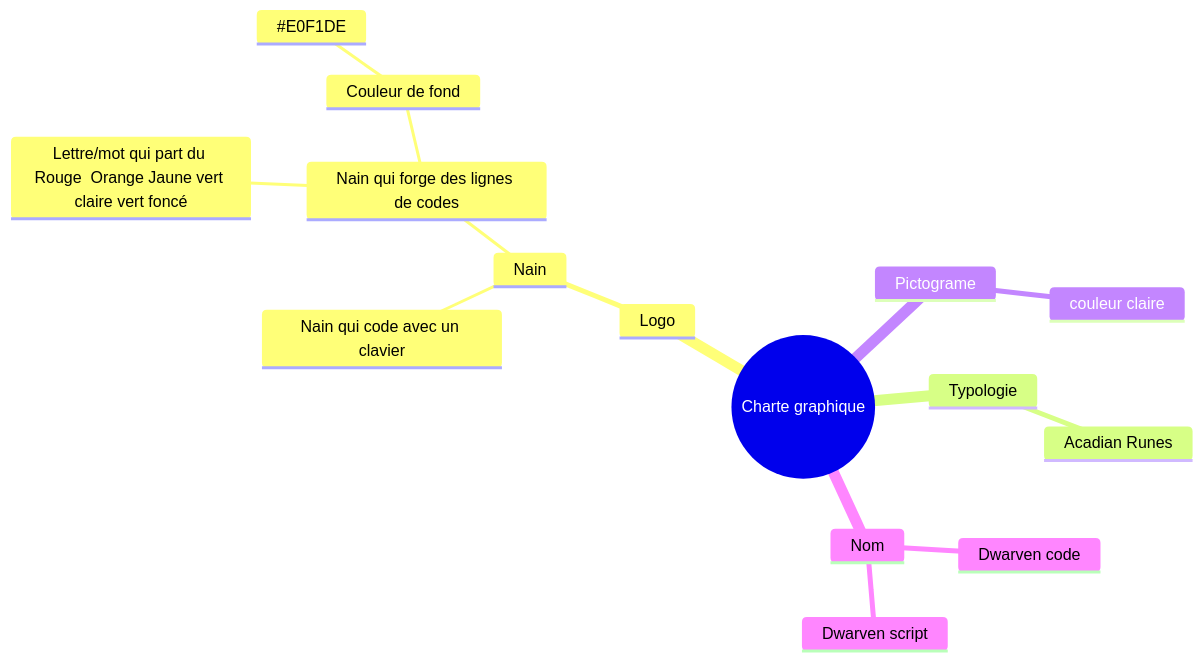
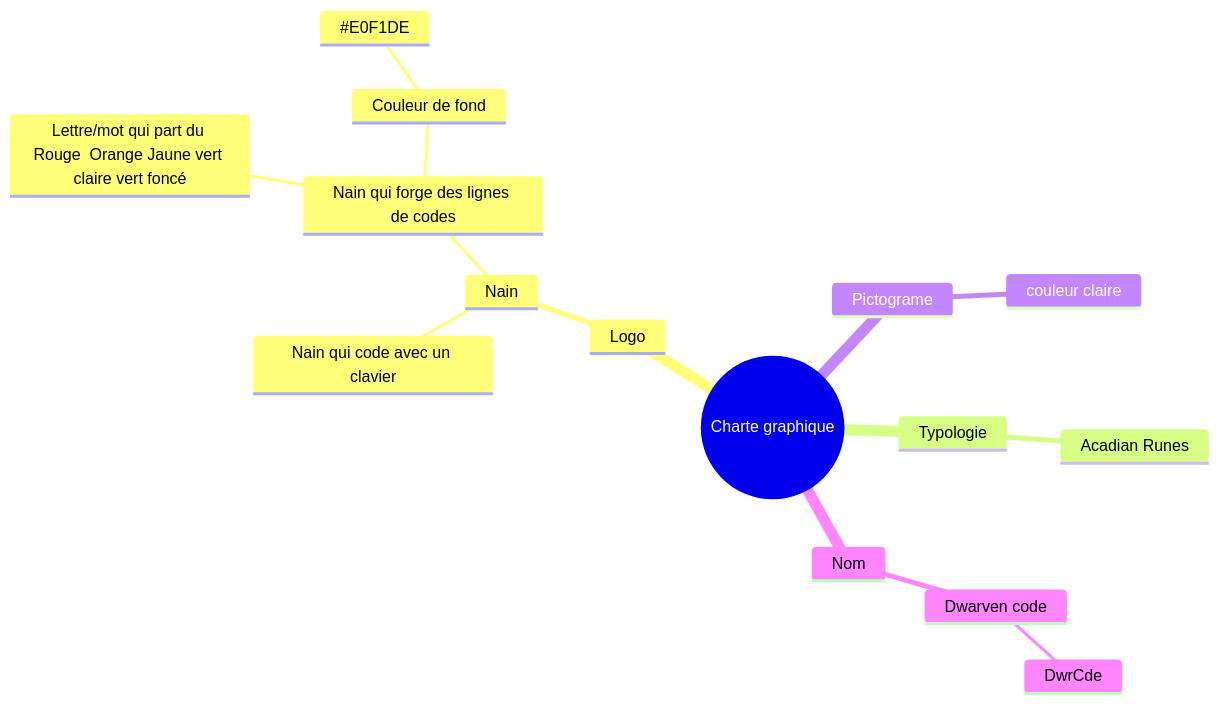
The diagram in readme.md (Slloth/identit--entreprise), drawn with Mermaid before and after one commit.

````diff
--- a/readme.md
+++ b/readme.md
@@ -1,20 +1,20 @@
 ```mermaid
 mindmap
   root((Charte graphique))
     Logo
         Nain
             Nain qui code avec un clavier
             Nain qui forge des lignes de codes
                 Lettre/mot qui part du Rouge  Orange Jaune vert claire vert foncé
                 Couleur de fond
                     #E0F1DE
 
     Typologie
         Acadian Runes
     Pictograme
         couleur claire
             
     Nom
         Dwarven code
-        Dwarven script
+          DwrCde
 ```
````
